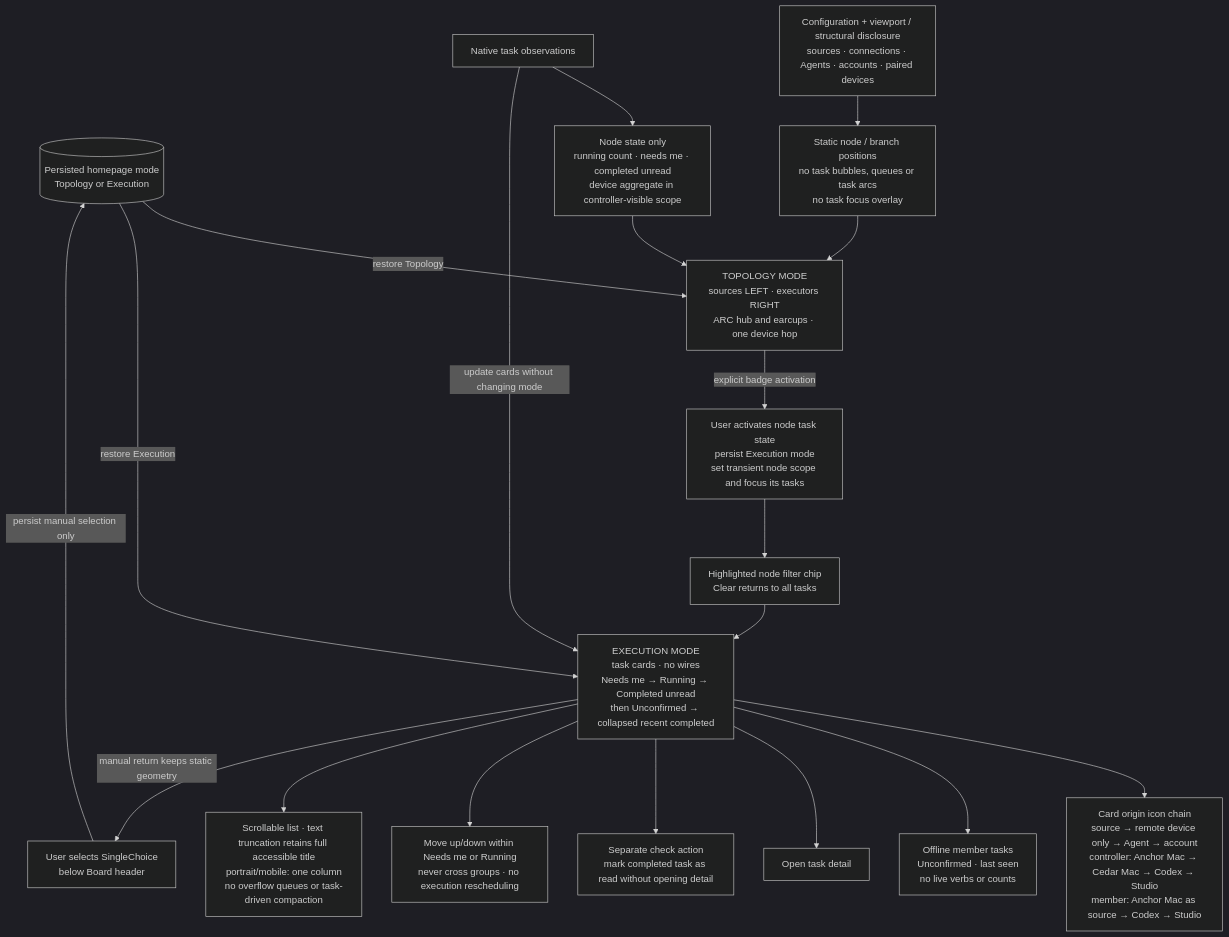
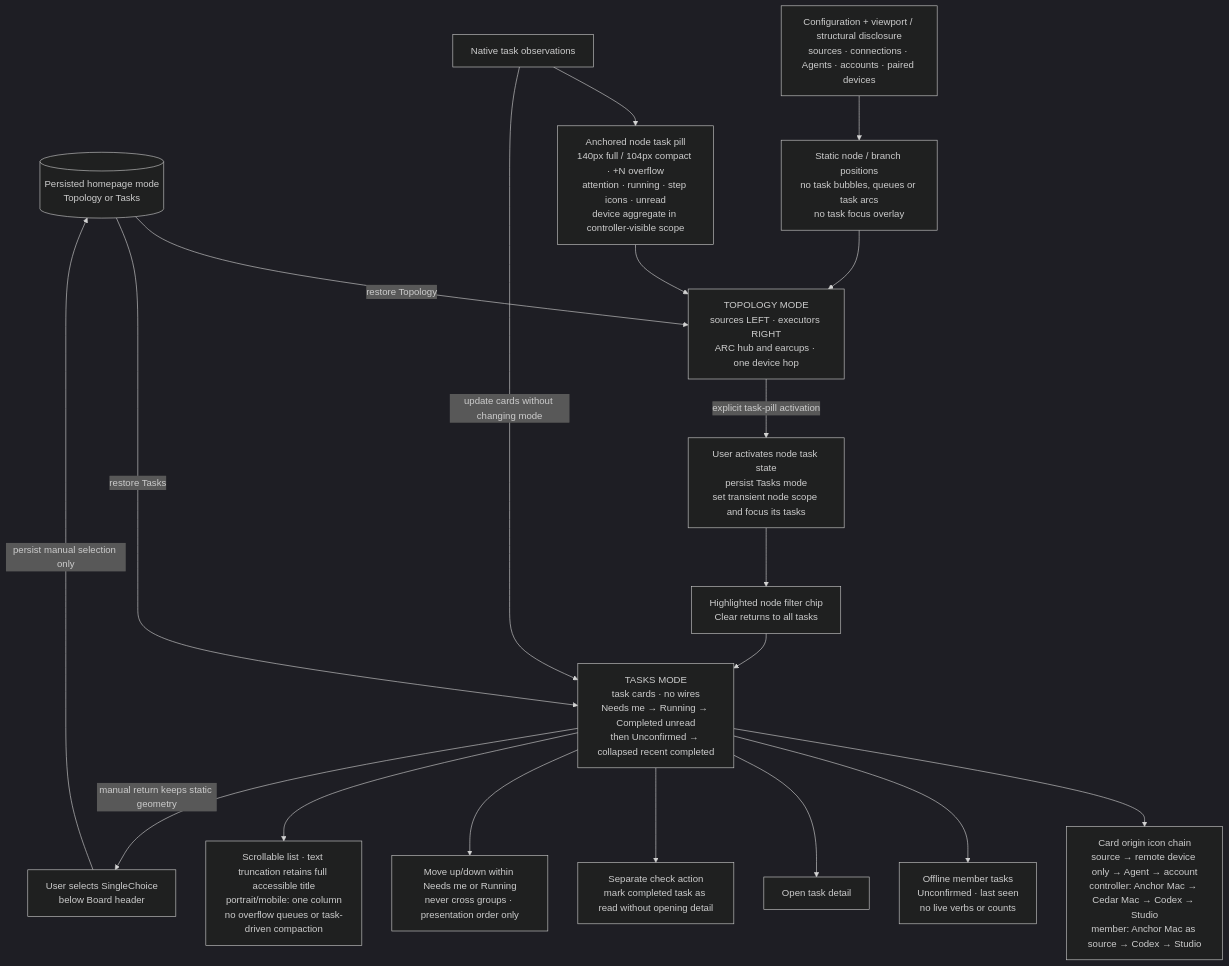
One commit to whzxc/agent-remote-control changed the diagram in arch/mechanisms/homepage-modes.mmd. Above: the diagram before and after it, drawn with Mermaid (dark theme). The commit also changed 19 other files, not shown here.

Commit message:
docs(design): rename Tasks mode and propose node task pills

```diff
--- a/arch/mechanisms/homepage-modes.mmd
+++ b/arch/mechanisms/homepage-modes.mmd
@@ -1,33 +1,33 @@
-%% Homepage modes (layer 2): static topology and task execution are independent projections.
+%% Homepage modes (layer 2): static topology and task presentation are independent projections.
 %% Index and code mapping: docs/dev/arch-assets.md
 flowchart TB
-  preference[("Persisted homepage mode<br/>Topology or Execution")]
+  preference[("Persisted homepage mode<br/>Topology or Tasks")]
   switch["User selects SingleChoice<br/>below Board header"]
   topology["TOPOLOGY MODE<br/>sources LEFT · executors RIGHT<br/>ARC hub and earcups · one device hop"]
   config["Configuration + viewport / structural disclosure<br/>sources · connections · Agents · accounts · paired devices"]
   positions["Static node / branch positions<br/>no task bubbles, queues or task arcs<br/>no task focus overlay"]
   observations["Native task observations"]
-  badges["Node state only<br/>running count · needs me · completed unread<br/>device aggregate in controller-visible scope"]
-  jump["User activates node task state<br/>persist Execution mode<br/>set transient node scope and focus its tasks"]
-  execution["EXECUTION MODE<br/>task cards · no wires<br/>Needs me → Running → Completed unread<br/>then Unconfirmed → collapsed recent completed"]
+  badges["Anchored node task pill<br/>140px full / 104px compact · +N overflow<br/>attention · running · step icons · unread<br/>device aggregate in controller-visible scope"]
+  jump["User activates node task state<br/>persist Tasks mode<br/>set transient node scope and focus its tasks"]
+  tasks["TASKS MODE<br/>task cards · no wires<br/>Needs me → Running → Completed unread<br/>then Unconfirmed → collapsed recent completed"]
   chain["Card origin icon chain<br/>source → remote device only → Agent → account<br/>controller: Anchor Mac → Cedar Mac → Codex → Studio<br/>member: Anchor Mac as source → Codex → Studio"]
   offline["Offline member tasks<br/>Unconfirmed · last seen<br/>no live verbs or counts"]
   filter["Highlighted node filter chip<br/>Clear returns to all tasks"]
   details["Open task detail"]
   read["Separate check action<br/>mark completed task as read without opening detail"]
-  order["Move up/down within Needs me or Running<br/>never cross groups · no execution rescheduling"]
+  order["Move up/down within Needs me or Running<br/>never cross groups · presentation order only"]
   overflow["Scrollable list · text truncation retains full accessible title<br/>portrait/mobile: one column<br/>no overflow queues or task-driven compaction"]
   switch -->|"persist manual selection only"| preference
   preference -->|"restore Topology"| topology
-  preference -->|"restore Execution"| execution
+  preference -->|"restore Tasks"| tasks
   config --> positions --> topology
   observations --> badges --> topology
-  observations -->|"update cards without changing mode"| execution
-  topology -->|"explicit badge activation"| jump --> filter --> execution
-  execution --> chain
-  execution --> offline
-  execution --> details
-  execution --> read
-  execution --> order
-  execution --> overflow
-  execution -->|"manual return keeps static geometry"| switch
+  observations -->|"update cards without changing mode"| tasks
+  topology -->|"explicit task-pill activation"| jump --> filter --> tasks
+  tasks --> chain
+  tasks --> offline
+  tasks --> details
+  tasks --> read
+  tasks --> order
+  tasks --> overflow
+  tasks -->|"manual return keeps static geometry"| switch
```
